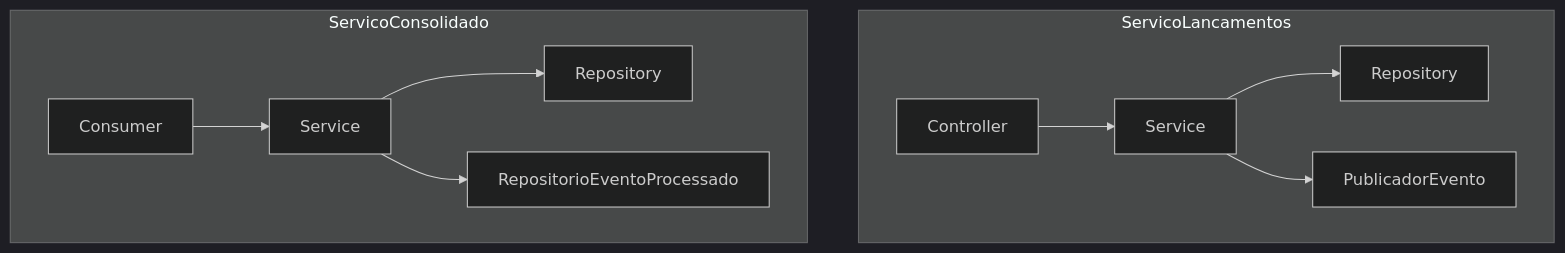
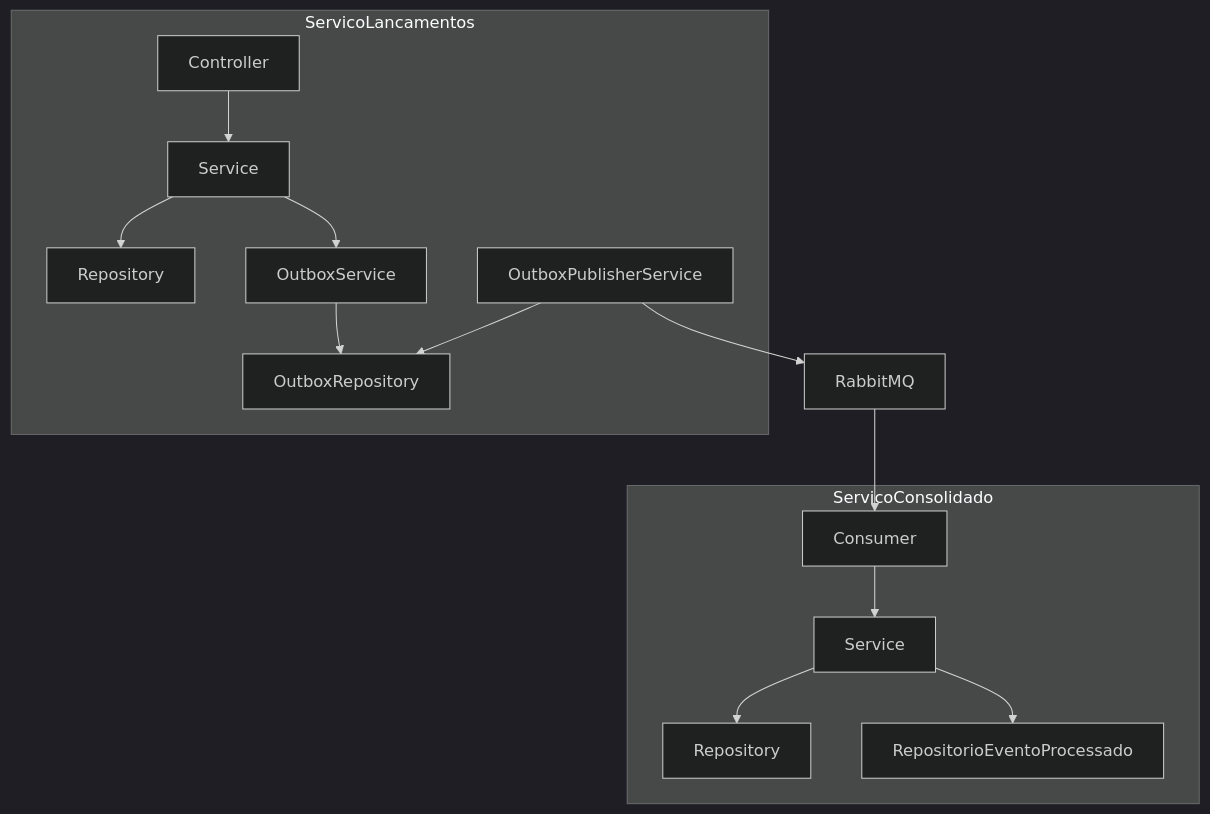
The diagram in docs/diagramas/mermaid/03-componentes.md (jbjares/servico-controle-lancamentos-consolidado), drawn with Mermaid (dark theme) before and after one commit. The commit also changed 97 other files, not shown here.

````diff
--- a/docs/diagramas/mermaid/03-componentes.md
+++ b/docs/diagramas/mermaid/03-componentes.md
@@ -1,23 +1,29 @@
 ```mermaid
 flowchart TB
     subgraph ServicoLancamentos
         LC[Controller]
         LS[Service]
         LR[Repository]
-        LP[PublicadorEvento]
+        OS[OutboxService]
+        OP[OutboxPublisherService]
+        OR[OutboxRepository]
     end
 
     subgraph ServicoConsolidado
         CC[Consumer]
         CS[Service]
         CR[Repository]
         CE[RepositorioEventoProcessado]
     end
 
     LC --> LS
     LS --> LR
-    LS --> LP
+    LS --> OS
+    OS --> OR
+    OP --> OR
+    OP --> MQ[RabbitMQ]
+    MQ --> CC
     CC --> CS
     CS --> CR
     CS --> CE
 ```
````
